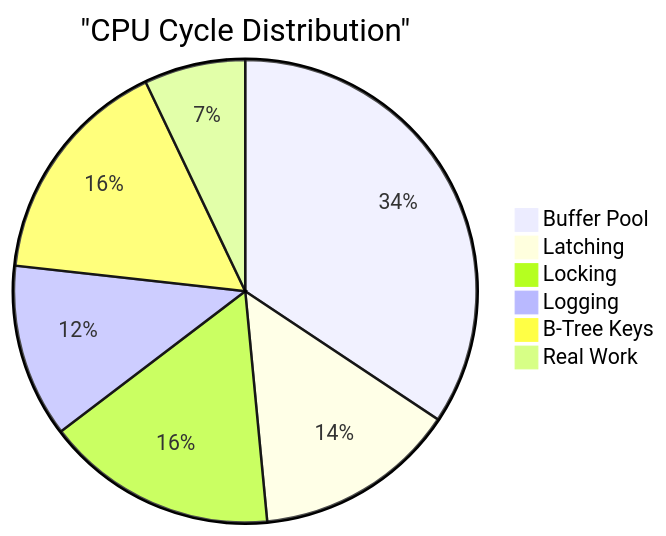
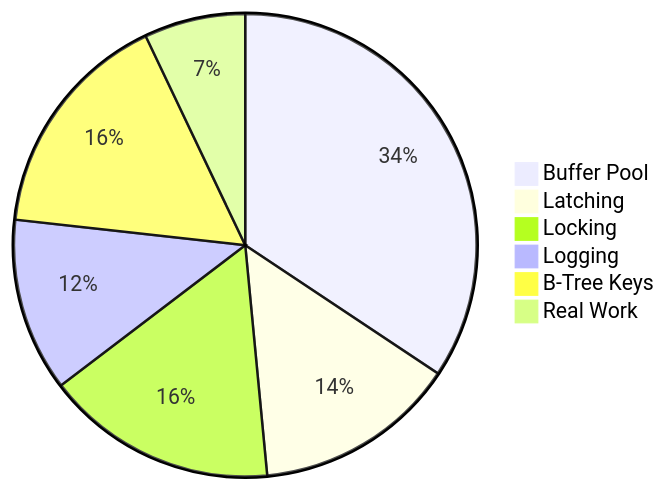
Before and after one commit to Juliper/TUDa_HiveMind_Vault: the diagram in Notes/Complex Networked Systems/Disk-Based DBMS.md, drawn with Mermaid. The commit also changed other lines of this file and 85 other files, not shown here.

````diff
--- a/Notes/Complex Networked Systems/Disk-Based DBMS.md
+++ b/Notes/Complex Networked Systems/Disk-Based DBMS.md
@@ -34,9 +19,9 @@
 ```mermaid
-pie title "CPU Cycle Distribution"
+pie
     "Buffer Pool" : 34
     "Latching" : 14
     "Locking" : 16
     "Logging" : 12
     "B-Tree Keys" : 16
     "Real Work" : 7
 ```
````
